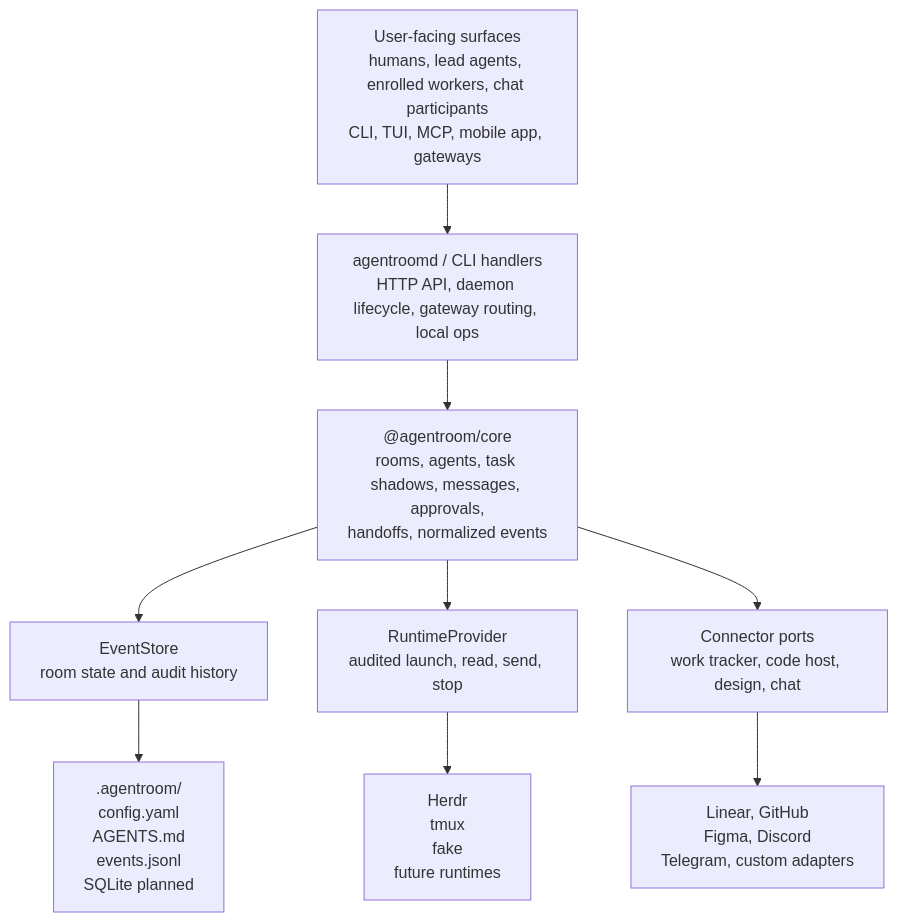
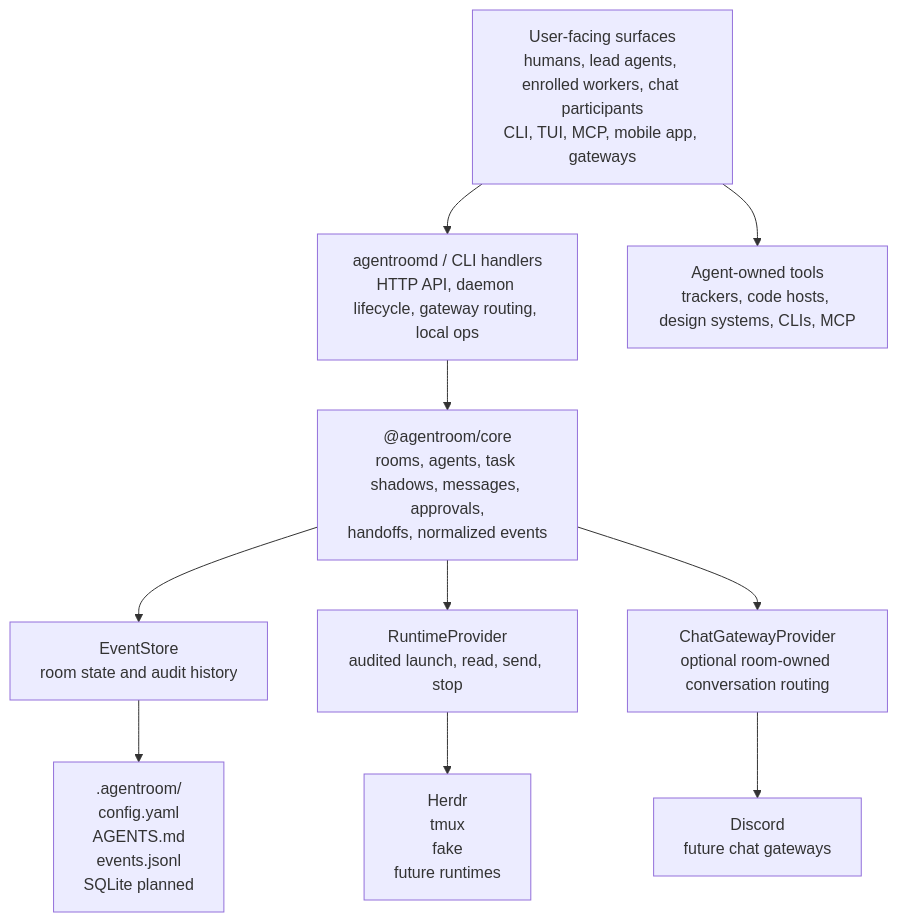
The third of 3 diagrams in docs/DIAGRAM.md (Volpestyle/agent-room), drawn with Mermaid before and after one commit. The commit also changed other lines of this file and 43 other files, not shown here.

````diff
--- a/docs/DIAGRAM.md
+++ b/docs/DIAGRAM.md
@@ -55,21 +55,23 @@
 ```mermaid
 flowchart TB
   surfaces["User-facing surfaces<br/>humans, lead agents, enrolled workers, chat participants<br/>CLI, TUI, MCP, mobile app, gateways"]
   daemon["agentroomd / CLI handlers<br/>HTTP API, daemon lifecycle, gateway routing, local ops"]
   core["@agentroom/core<br/>rooms, agents, task shadows, messages, approvals,<br/>handoffs, normalized events"]
   store["EventStore<br/>room state and audit history"]
   runtime["RuntimeProvider<br/>audited launch, read, send, stop"]
-  connectors["Connector ports<br/>work tracker, code host, design, chat"]
+  gateways["ChatGatewayProvider<br/>optional room-owned conversation routing"]
+  external["Agent-owned tools<br/>trackers, code hosts, design systems, CLIs, MCP"]
   local[".agentroom/<br/>config.yaml<br/>AGENTS.md<br/>events.jsonl<br/>SQLite planned"]
   runtimes["Herdr<br/>tmux<br/>fake<br/>future runtimes"]
-  adapters["Linear, GitHub<br/>Figma, Discord<br/>Telegram, custom adapters"]
+  chatAdapters["Discord<br/>future chat gateways"]
 
   surfaces --> daemon
   daemon --> core
   core --> store
   core --> runtime
-  core --> connectors
+  core --> gateways
   store --> local
   runtime --> runtimes
-  connectors --> adapters
+  gateways --> chatAdapters
+  surfaces --> external
 ```
````
